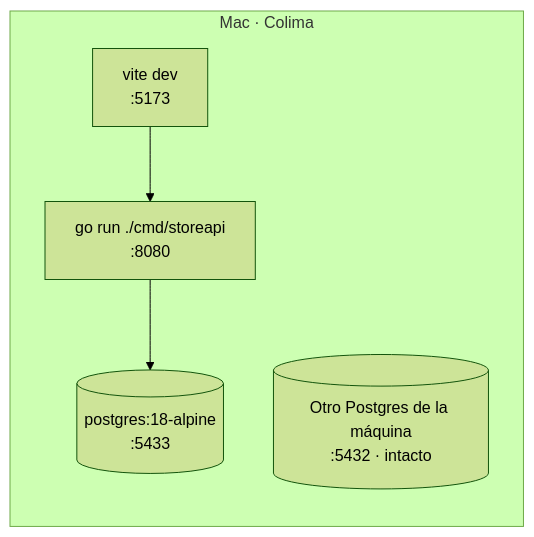
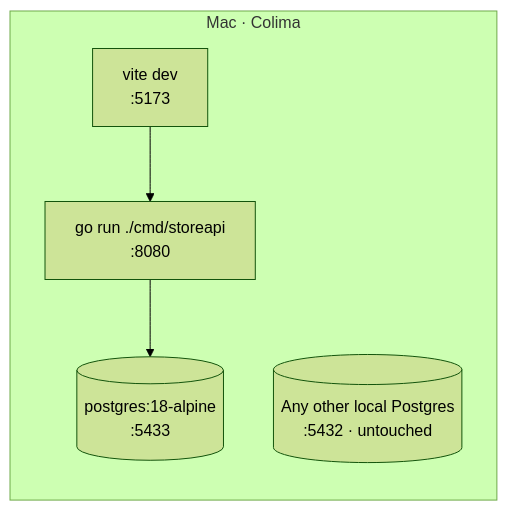
One commit to Bryandrm/Store-system changed the second of 6 diagrams in docs/ARCHITECTURE.md. Above: the diagram before and after it, drawn with Mermaid (forest theme). The commit also changed other lines of this file and 1 other file, not shown here.

First line of the commit message:
docs: architecture diagrams and implementation status

````diff
--- a/docs/ARCHITECTURE.md
+++ b/docs/ARCHITECTURE.md
@@ -70,11 +69,11 @@
 ```mermaid
 flowchart LR
     subgraph mac["Mac · Colima"]
         vite["vite dev<br/>:5173"]
         goapi["go run ./cmd/storeapi<br/>:8080"]
         pgdev[("postgres:18-alpine<br/>:5433")]
-        pgotro[("Otro Postgres de la máquina<br/>:5432 · intacto")]
+        pgother[("Any other local Postgres<br/>:5432 · untouched")]
     end
 
     vite --> goapi --> pgdev
 ```
````
